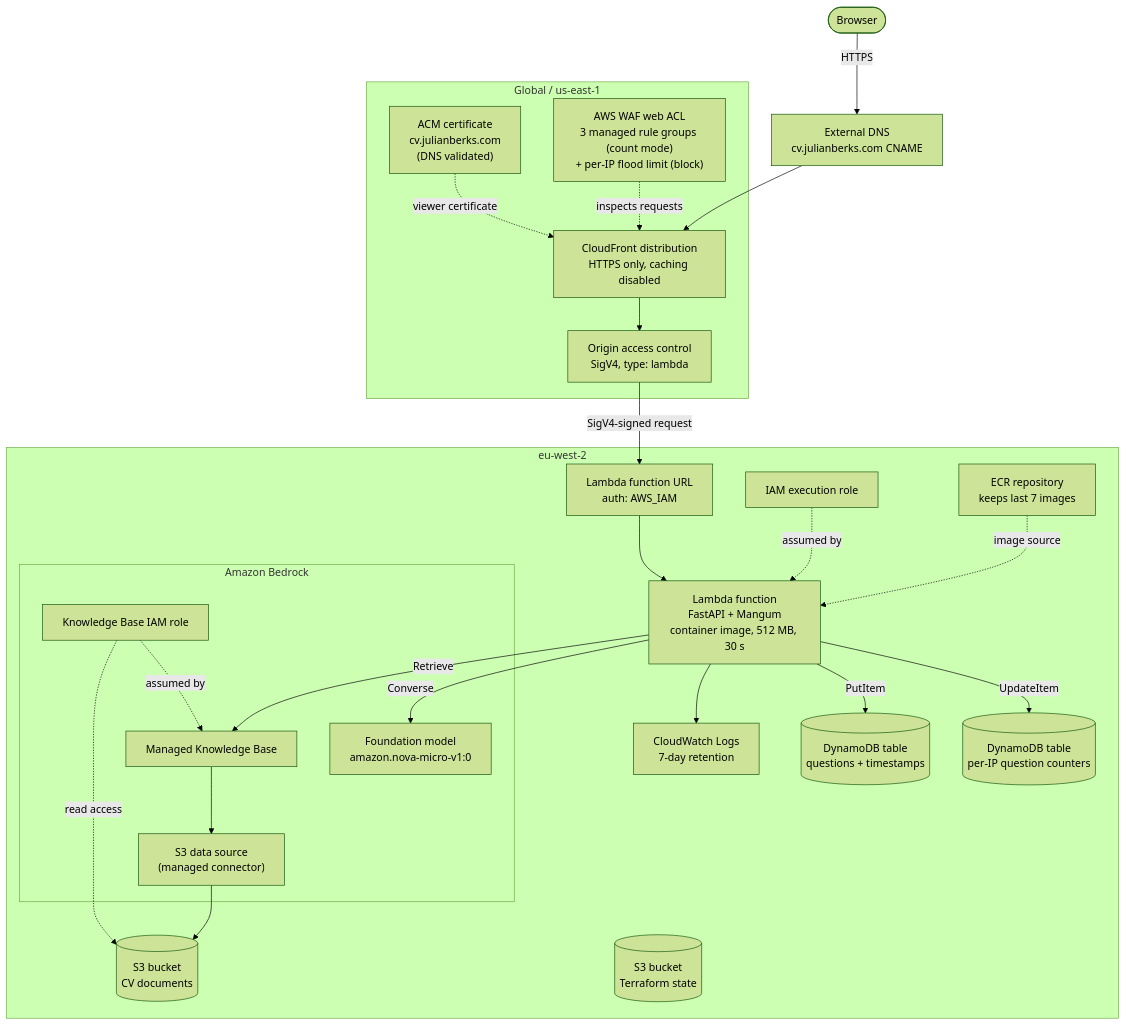
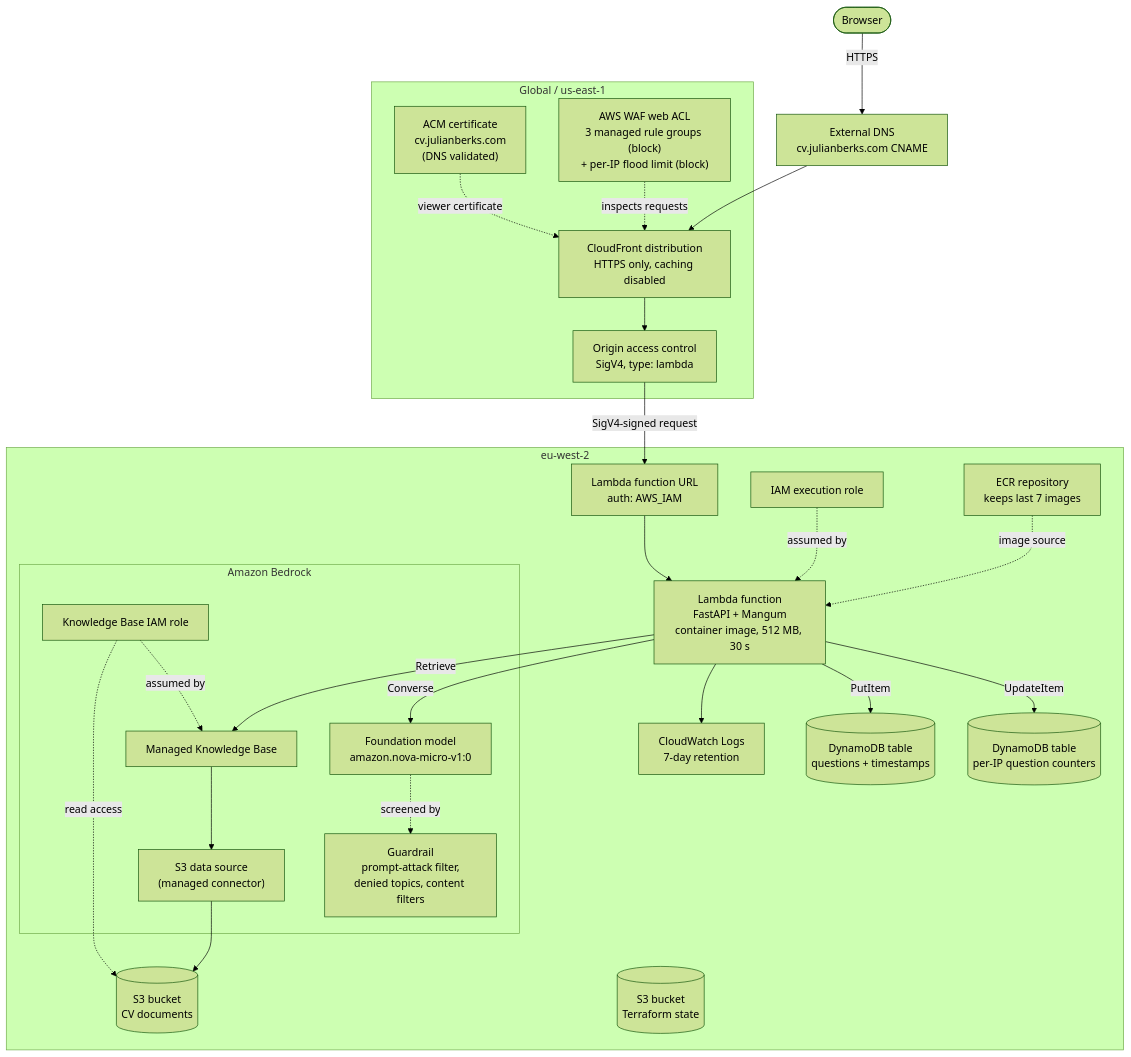
The first of 3 diagrams in docs/architecture.md (julian-berks/cv_app), drawn with Mermaid (forest theme) before and after one commit. The commit also changed other lines of this file and 8 other files, not shown here.

````diff
--- a/docs/architecture.md
+++ b/docs/architecture.md
@@ -9,47 +9,49 @@
 ```mermaid
 flowchart TB
     user([Browser])
     dns["External DNS<br/>cv.julianberks.com CNAME"]
 
     subgraph global["Global / us-east-1"]
         acm["ACM certificate<br/>cv.julianberks.com<br/>(DNS validated)"]
-        waf["AWS WAF web ACL<br/>3 managed rule groups (count mode)<br/>+ per-IP flood limit (block)"]
+        waf["AWS WAF web ACL<br/>3 managed rule groups (block)<br/>+ per-IP flood limit (block)"]
         cf["CloudFront distribution<br/>HTTPS only, caching disabled"]
         oac["Origin access control<br/>SigV4, type: lambda"]
     end
 
     subgraph region["eu-west-2"]
         url["Lambda function URL<br/>auth: AWS_IAM"]
         fn["Lambda function<br/>FastAPI + Mangum<br/>container image, 512 MB, 30 s"]
         role["IAM execution role"]
         logs["CloudWatch Logs<br/>7-day retention"]
         ecr["ECR repository<br/>keeps last 7 images"]
 
         subgraph bedrock["Amazon Bedrock"]
             kb["Managed Knowledge Base"]
             ds["S3 data source<br/>(managed connector)"]
             model["Foundation model<br/>amazon.nova-micro-v1:0"]
+            guard["Guardrail<br/>prompt-attack filter,<br/>denied topics, content filters"]
             kbrole["Knowledge Base IAM role"]
         end
 
         rag[("S3 bucket<br/>CV documents")]
         questions[("DynamoDB table<br/>questions + timestamps")]
         ratelimits[("DynamoDB table<br/>per-IP question counters")]
         state[("S3 bucket<br/>Terraform state")]
     end
 
     user -->|HTTPS| dns --> cf
     acm -.->|viewer certificate| cf
     waf -.->|inspects requests| cf
     cf --> oac -->|SigV4-signed request| url --> fn
     fn -->|Retrieve| kb
     fn -->|Converse| model
+    model -.->|screened by| guard
     kb --> ds --> rag
     kbrole -.->|read access| rag
     kbrole -.->|assumed by| kb
     role -.->|assumed by| fn
     fn --> logs
     fn -->|PutItem| questions
     fn -->|UpdateItem| ratelimits
     ecr -.->|image source| fn
 ```
````
